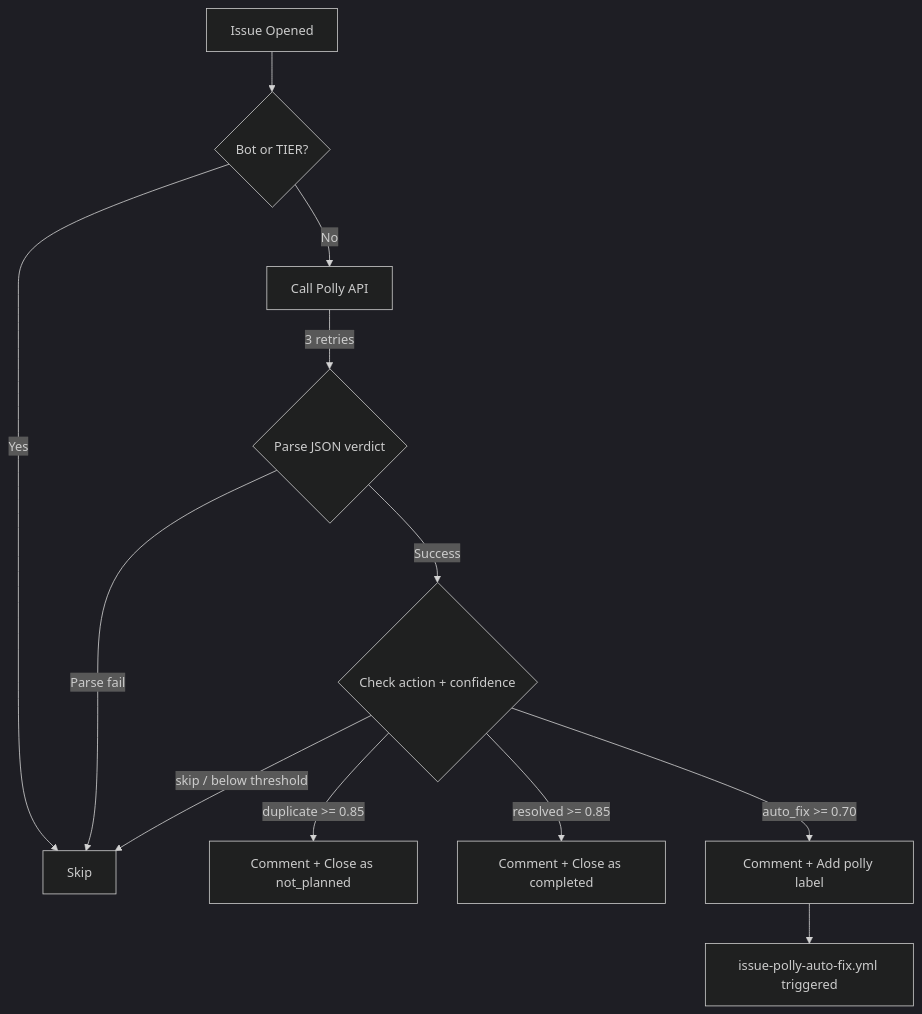
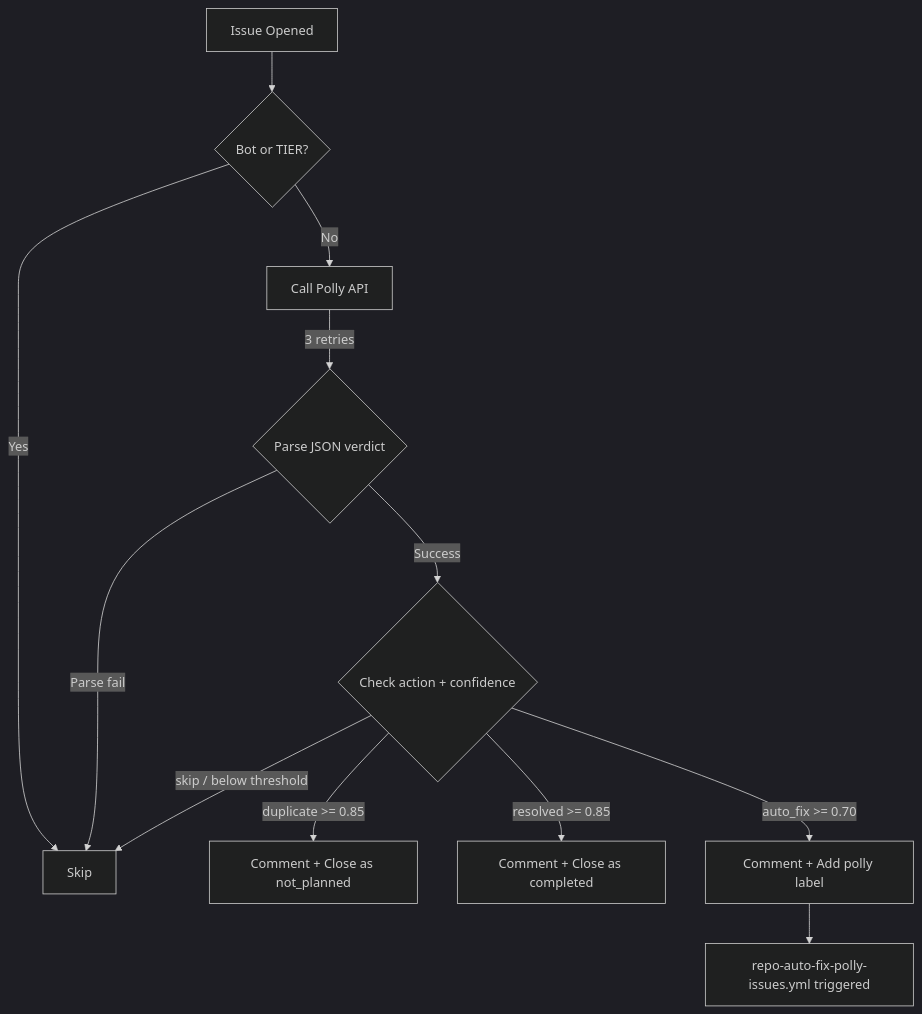
Before and after one commit to pollinations/pollinations: the first of 4 diagrams in .github/docs/TRIAGE.md, drawn with Mermaid. The commit also changed other lines of this file and 17 other files, not shown here.

````diff
--- a/.github/docs/TRIAGE.md
+++ b/.github/docs/TRIAGE.md
@@ -18,15 +18,15 @@
 ```mermaid
 %%{init: {'theme': 'dark'}}%%
 flowchart TD
     A[Issue Opened] --> B{Bot or TIER?}
     B -->|Yes| C[Skip]
     B -->|No| D[Call Polly API]
     D -->|3 retries| E{Parse JSON verdict}
     E -->|Parse fail| C
     E -->|Success| F{Check action + confidence}
     F -->|duplicate >= 0.85| G[Comment + Close as not_planned]
     F -->|resolved >= 0.85| H[Comment + Close as completed]
     F -->|auto_fix >= 0.70| I[Comment + Add polly label]
     F -->|skip / below threshold| C
-    I --> J[issue-polly-auto-fix.yml triggered]
+    I --> J[repo-auto-fix-polly-issues.yml triggered]
 ```
````
